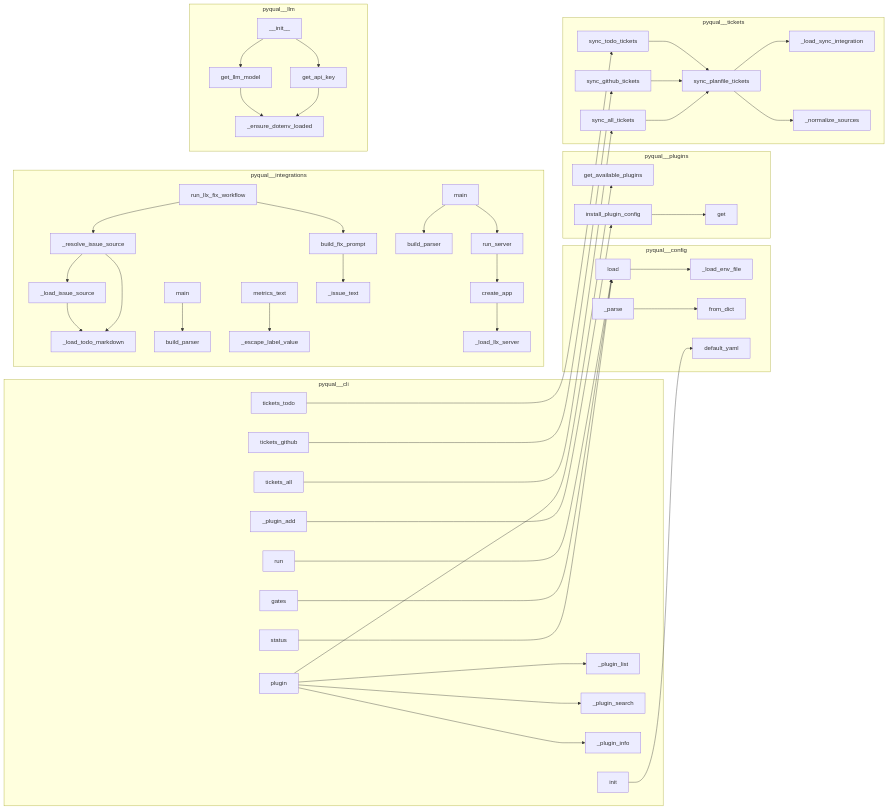
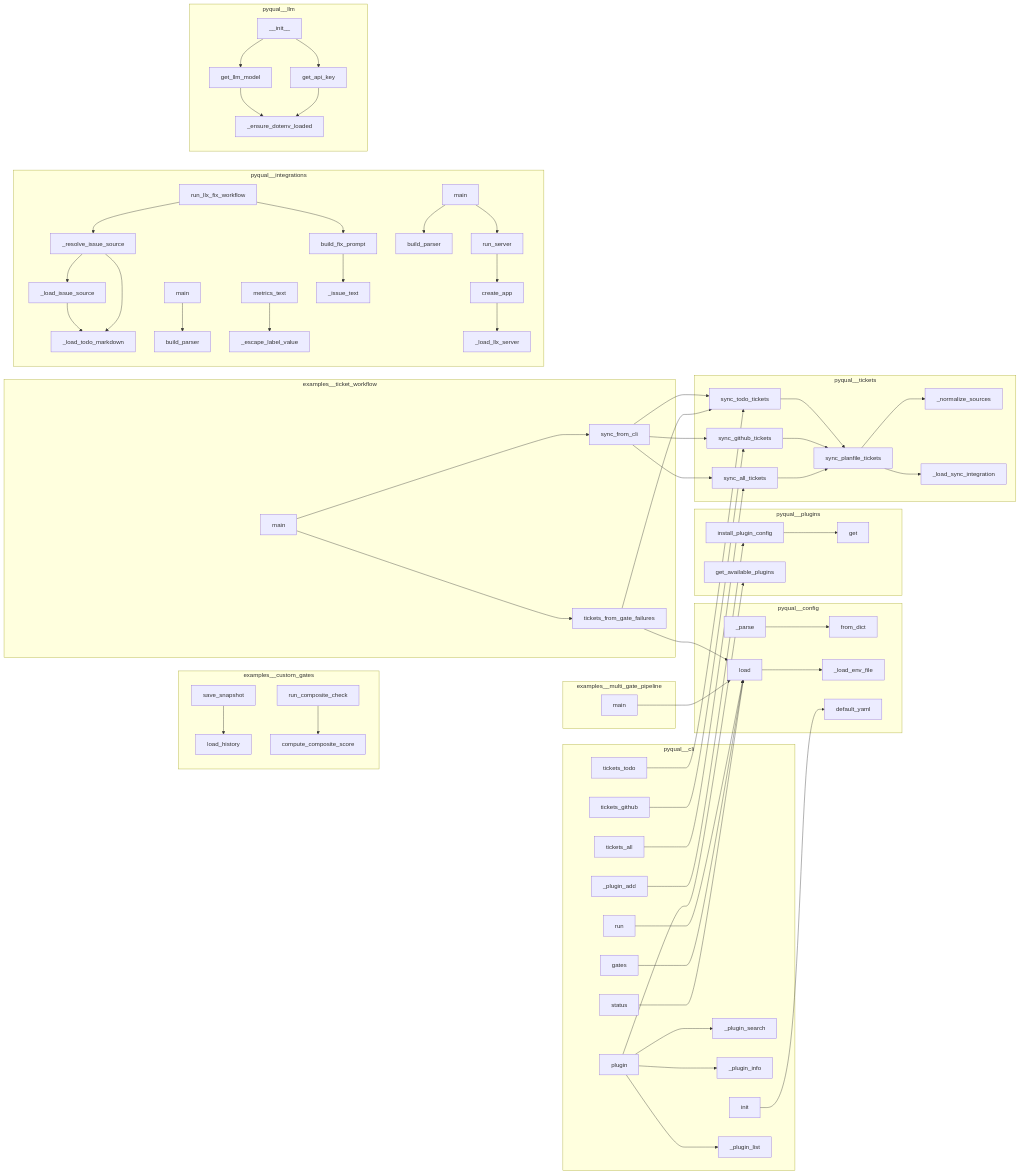
Before and after one commit to semcod/pyqual: the diagram in project/calls.mmd, drawn with Mermaid. The commit also changed 42 other files, not shown here.

```diff
--- a/project/calls.mmd
+++ b/project/calls.mmd
@@ -1,94 +1,118 @@
 flowchart LR
+    subgraph examples__custom_gates
+        examples__custom_gates__metric_history__save_snapshot["save_snapshot"]
+        examples__custom_gates__metric_history__load_history["load_history"]
+        examples__custom_gates__composite_gates__compute_composite_score["compute_composite_score"]
+        examples__custom_gates__composite_gates__run_composite_check["run_composite_check"]
+    end
+    subgraph examples__multi_gate_pipeline
+        examples__multi_gate_pipeline__run_pipeline__main["main"]
+    end
+    subgraph examples__ticket_workflow
+        examples__ticket_workflow__sync_tickets__main["main"]
+        examples__ticket_workflow__sync_tickets__tickets_from_gate_failures["tickets_from_gate_failures"]
+        examples__ticket_workflow__sync_tickets__sync_from_cli["sync_from_cli"]
+    end
     subgraph pyqual__cli
-        pyqual__cli___plugin_list["_plugin_list"]
         pyqual__cli__status["status"]
         pyqual__cli__tickets_github["tickets_github"]
+        pyqual__cli___plugin_search["_plugin_search"]
+        pyqual__cli___plugin_info["_plugin_info"]
+        pyqual__cli__tickets_all["tickets_all"]
+        pyqual__cli___plugin_add["_plugin_add"]
+        pyqual__cli__plugin["plugin"]
+        pyqual__cli__init["init"]
+        pyqual__cli___plugin_list["_plugin_list"]
         pyqual__cli__tickets_todo["tickets_todo"]
-        pyqual__cli__plugin["plugin"]
-        pyqual__cli___plugin_search["_plugin_search"]
-        pyqual__cli___plugin_add["_plugin_add"]
-        pyqual__cli__tickets_all["tickets_all"]
-        pyqual__cli___plugin_info["_plugin_info"]
-        pyqual__cli__init["init"]
+        pyqual__cli__gates["gates"]
         pyqual__cli__run["run"]
-        pyqual__cli__gates["gates"]
     end
     subgraph pyqual__config
+        pyqual__config__PyqualConfig__load["load"]
         pyqual__config__PyqualConfig___parse["_parse"]
-        pyqual__config__PyqualConfig__load["load"]
+        pyqual__config__GateConfig__from_dict["from_dict"]
         pyqual__config___load_env_file["_load_env_file"]
-        pyqual__config__GateConfig__from_dict["from_dict"]
         pyqual__config__PyqualConfig__default_yaml["default_yaml"]
     end
     subgraph pyqual__integrations
+        pyqual__integrations__llx_mcp__build_fix_prompt["build_fix_prompt"]
+        pyqual__integrations__llx_mcp__main["main"]
+        pyqual__integrations__llx_mcp_service__McpServiceState__metrics_text["metrics_text"]
+        pyqual__integrations__llx_mcp_service___load_llx_server["_load_llx_server"]
+        pyqual__integrations__llx_mcp__run_llx_fix_workflow["run_llx_fix_workflow"]
+        pyqual__integrations__llx_mcp___resolve_issue_source["_resolve_issue_source"]
+        pyqual__integrations__llx_mcp_service__build_parser["build_parser"]
+        pyqual__integrations__llx_mcp___load_todo_markdown["_load_todo_markdown"]
+        pyqual__integrations__llx_mcp___issue_text["_issue_text"]
+        pyqual__integrations__llx_mcp_service__create_app["create_app"]
+        pyqual__integrations__llx_mcp_service__main["main"]
         pyqual__integrations__llx_mcp_service__run_server["run_server"]
-        pyqual__integrations__llx_mcp__build_fix_prompt["build_fix_prompt"]
-        pyqual__integrations__llx_mcp__run_llx_fix_workflow["run_llx_fix_workflow"]
+        pyqual__integrations__llx_mcp___load_issue_source["_load_issue_source"]
         pyqual__integrations__llx_mcp_service___escape_label_value["_escape_label_value"]
-        pyqual__integrations__llx_mcp___load_todo_markdown["_load_todo_markdown"]
-        pyqual__integrations__llx_mcp_service__build_parser["build_parser"]
         pyqual__integrations__llx_mcp__build_parser["build_parser"]
-        pyqual__integrations__llx_mcp___load_issue_source["_load_issue_source"]
-        pyqual__integrations__llx_mcp__main["main"]
-        pyqual__integrations__llx_mcp___issue_text["_issue_text"]
-        pyqual__integrations__llx_mcp_service___load_llx_server["_load_llx_server"]
-        pyqual__integrations__llx_mcp_service__main["main"]
-        pyqual__integrations__llx_mcp___resolve_issue_source["_resolve_issue_source"]
-        pyqual__integrations__llx_mcp_service__McpServiceState__metrics_text["metrics_text"]
-        pyqual__integrations__llx_mcp_service__create_app["create_app"]
     end
     subgraph pyqual__llm
+        pyqual__llm__get_llm_model["get_llm_model"]
         pyqual__llm__get_api_key["get_api_key"]
-        pyqual__llm__get_llm_model["get_llm_model"]
+        pyqual__llm__LLM____init__["__init__"]
         pyqual__llm___ensure_dotenv_loaded["_ensure_dotenv_loaded"]
-        pyqual__llm__LLM____init__["__init__"]
     end
     subgraph pyqual__plugins
+        pyqual__plugins__install_plugin_config["install_plugin_config"]
         pyqual__plugins__get_available_plugins["get_available_plugins"]
-        pyqual__plugins__install_plugin_config["install_plugin_config"]
         pyqual__plugins__PluginRegistry__get["get"]
     end
     subgraph pyqual__tickets
+        pyqual__tickets___normalize_sources["_normalize_sources"]
         pyqual__tickets__sync_todo_tickets["sync_todo_tickets"]
         pyqual__tickets___load_sync_integration["_load_sync_integration"]
         pyqual__tickets__sync_all_tickets["sync_all_tickets"]
+        pyqual__tickets__sync_github_tickets["sync_github_tickets"]
         pyqual__tickets__sync_planfile_tickets["sync_planfile_tickets"]
-        pyqual__tickets___normalize_sources["_normalize_sources"]
-        pyqual__tickets__sync_github_tickets["sync_github_tickets"]
     end
     pyqual__cli__init --> pyqual__config__PyqualConfig__default_yaml
     pyqual__cli__run --> pyqual__config__PyqualConfig__load
     pyqual__cli__gates --> pyqual__config__PyqualConfig__load
     pyqual__cli__status --> pyqual__config__PyqualConfig__load
     pyqual__cli__tickets_todo --> pyqual__tickets__sync_todo_tickets
     pyqual__cli__tickets_github --> pyqual__tickets__sync_github_tickets
     pyqual__cli__tickets_all --> pyqual__tickets__sync_all_tickets
     pyqual__cli___plugin_add --> pyqual__plugins__install_plugin_config
     pyqual__cli__plugin --> pyqual__plugins__get_available_plugins
     pyqual__cli__plugin --> pyqual__cli___plugin_list
     pyqual__cli__plugin --> pyqual__cli___plugin_search
     pyqual__cli__plugin --> pyqual__cli___plugin_info
+    pyqual__config__PyqualConfig__load --> pyqual__config___load_env_file
+    pyqual__config__PyqualConfig___parse --> pyqual__config__GateConfig__from_dict
     pyqual__llm__get_llm_model --> pyqual__llm___ensure_dotenv_loaded
     pyqual__llm__get_api_key --> pyqual__llm___ensure_dotenv_loaded
     pyqual__llm__LLM____init__ --> pyqual__llm__get_llm_model
     pyqual__llm__LLM____init__ --> pyqual__llm__get_api_key
-    pyqual__config__PyqualConfig__load --> pyqual__config___load_env_file
-    pyqual__config__PyqualConfig___parse --> pyqual__config__GateConfig__from_dict
     pyqual__tickets__sync_planfile_tickets --> pyqual__tickets___load_sync_integration
     pyqual__tickets__sync_planfile_tickets --> pyqual__tickets___normalize_sources
     pyqual__tickets__sync_todo_tickets --> pyqual__tickets__sync_planfile_tickets
     pyqual__tickets__sync_github_tickets --> pyqual__tickets__sync_planfile_tickets
     pyqual__tickets__sync_all_tickets --> pyqual__tickets__sync_planfile_tickets
     pyqual__plugins__install_plugin_config --> pyqual__plugins__PluginRegistry__get
     pyqual__integrations__llx_mcp___load_issue_source --> pyqual__integrations__llx_mcp___load_todo_markdown
     pyqual__integrations__llx_mcp__build_fix_prompt --> pyqual__integrations__llx_mcp___issue_text
     pyqual__integrations__llx_mcp___resolve_issue_source --> pyqual__integrations__llx_mcp___load_issue_source
     pyqual__integrations__llx_mcp___resolve_issue_source --> pyqual__integrations__llx_mcp___load_todo_markdown
     pyqual__integrations__llx_mcp__run_llx_fix_workflow --> pyqual__integrations__llx_mcp___resolve_issue_source
     pyqual__integrations__llx_mcp__run_llx_fix_workflow --> pyqual__integrations__llx_mcp__build_fix_prompt
     pyqual__integrations__llx_mcp__main --> pyqual__integrations__llx_mcp__build_parser
+    examples__custom_gates__metric_history__save_snapshot --> examples__custom_gates__metric_history__load_history
+    examples__custom_gates__composite_gates__run_composite_check --> examples__custom_gates__composite_gates__compute_composite_score
+    examples__ticket_workflow__sync_tickets__sync_from_cli --> pyqual__tickets__sync_github_tickets
+    examples__ticket_workflow__sync_tickets__sync_from_cli --> pyqual__tickets__sync_all_tickets
+    examples__ticket_workflow__sync_tickets__sync_from_cli --> pyqual__tickets__sync_todo_tickets
+    examples__ticket_workflow__sync_tickets__tickets_from_gate_failures --> pyqual__config__PyqualConfig__load
+    examples__ticket_workflow__sync_tickets__tickets_from_gate_failures --> pyqual__tickets__sync_todo_tickets
+    examples__ticket_workflow__sync_tickets__main --> examples__ticket_workflow__sync_tickets__sync_from_cli
+    examples__ticket_workflow__sync_tickets__main --> examples__ticket_workflow__sync_tickets__tickets_from_gate_failures
+    examples__multi_gate_pipeline__run_pipeline__main --> pyqual__config__PyqualConfig__load
     pyqual__integrations__llx_mcp_service__McpServiceState__metrics_text --> pyqual__integrations__llx_mcp_service___escape_label_value
     pyqual__integrations__llx_mcp_service__create_app --> pyqual__integrations__llx_mcp_service___load_llx_server
     pyqual__integrations__llx_mcp_service__run_server --> pyqual__integrations__llx_mcp_service__create_app
     pyqual__integrations__llx_mcp_service__main --> pyqual__integrations__llx_mcp_service__build_parser
     pyqual__integrations__llx_mcp_service__main --> pyqual__integrations__llx_mcp_service__run_server
```
